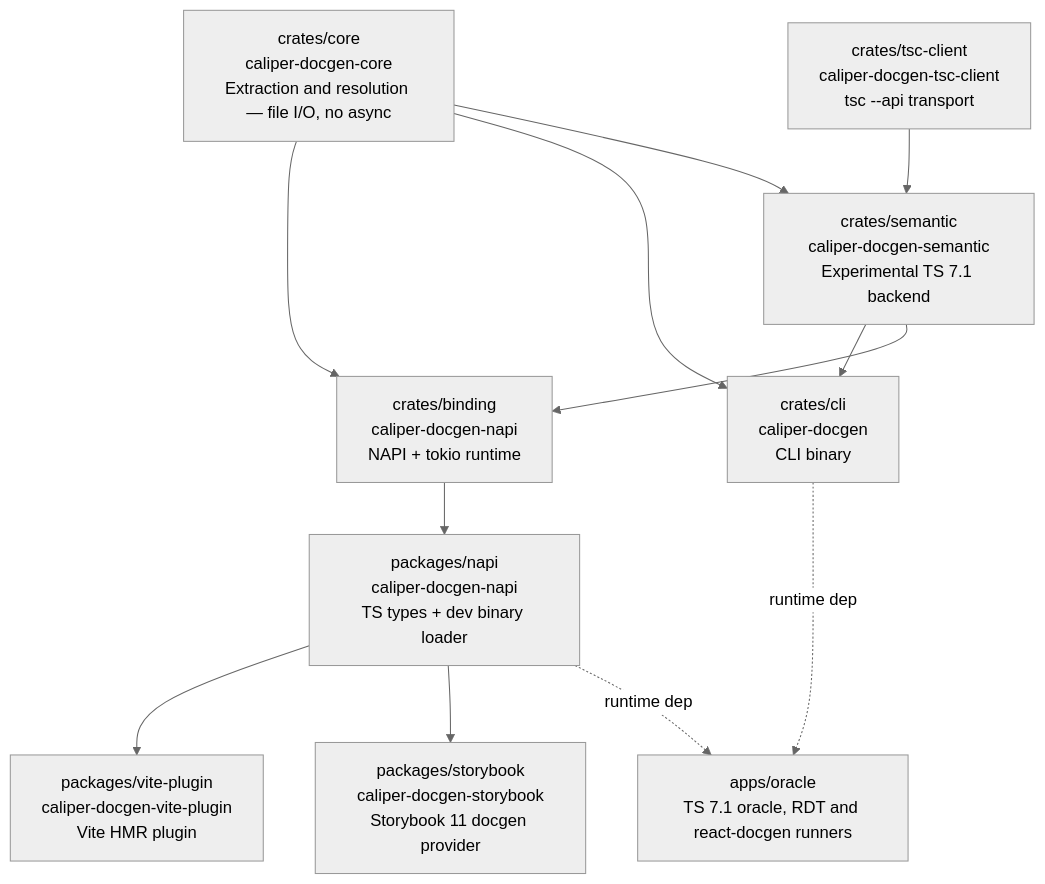
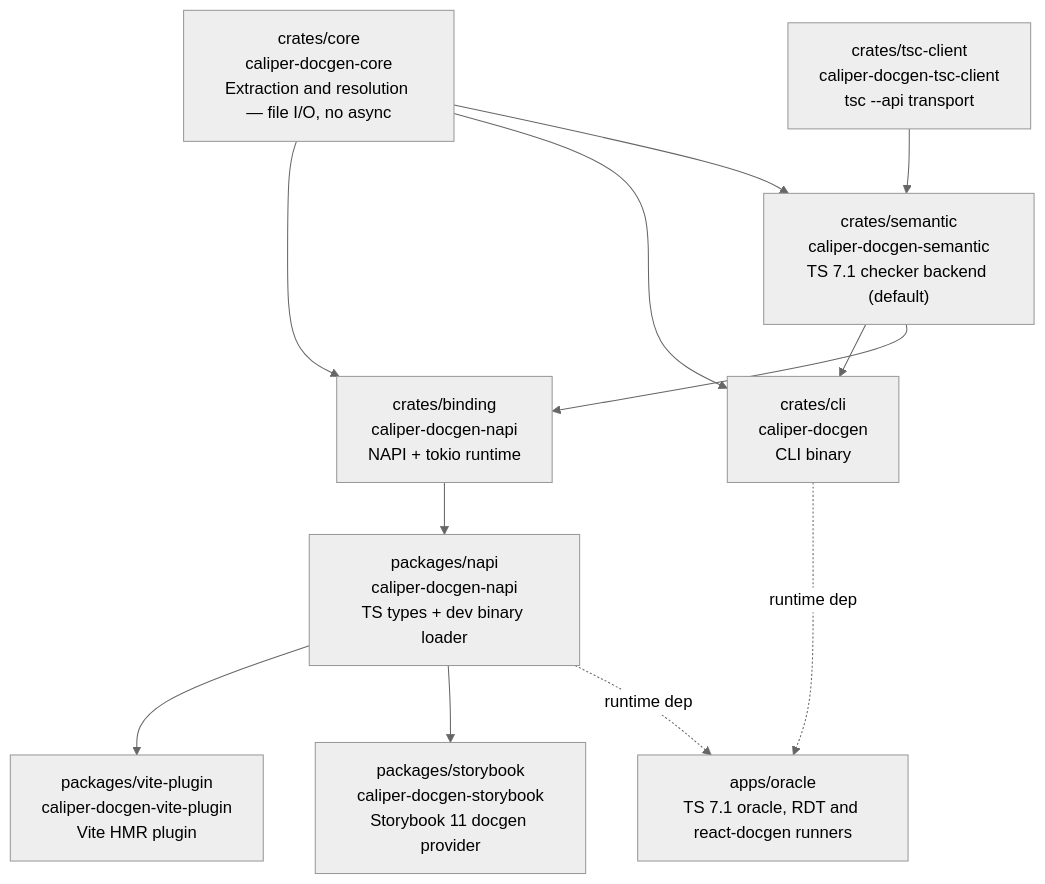
Before and after one commit to orin-dx/caliper: the second of 2 diagrams in ARCHITECTURE.md, drawn with Mermaid (neutral theme). The commit also changed other lines of this file and 24 other files, not shown here.

````diff
--- a/ARCHITECTURE.md
+++ b/ARCHITECTURE.md
@@ -35,24 +35,24 @@
 ```mermaid
 graph TD
     core["crates/core\ncaliper-docgen-core\nExtraction and resolution — file I/O, no async"]
     binding["crates/binding\ncaliper-docgen-napi\nNAPI + tokio runtime"]
     cli["crates/cli\ncaliper-docgen\nCLI binary"]
-    semantic["crates/semantic\ncaliper-docgen-semantic\nExperimental TS 7.1 backend"]
+    semantic["crates/semantic\ncaliper-docgen-semantic\nTS 7.1 checker backend (default)"]
     tsc["crates/tsc-client\ncaliper-docgen-tsc-client\ntsc --api transport"]
     napi["packages/napi\ncaliper-docgen-napi\nTS types + dev binary loader"]
     vite["packages/vite-plugin\ncaliper-docgen-vite-plugin\nVite HMR plugin"]
     storybook["packages/storybook\ncaliper-docgen-storybook\nStorybook 11 docgen provider"]
     oracle["apps/oracle\nTS 7.1 oracle, RDT and react-docgen runners"]
 
     core --> binding
     core --> cli
     core --> semantic
     tsc --> semantic
     semantic --> cli
     semantic --> binding
     binding --> napi
     napi --> vite
     napi --> storybook
     cli -.->|"runtime dep"| oracle
     napi -.->|"runtime dep"| oracle
 ```
````
